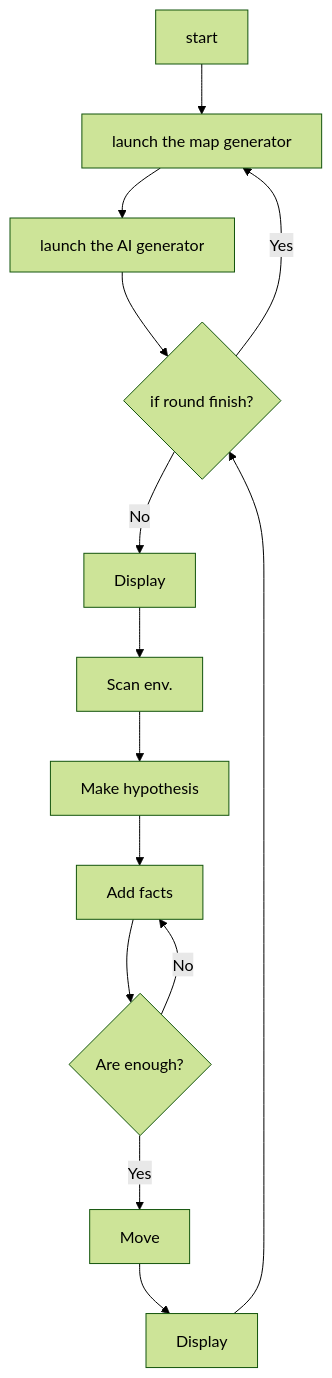
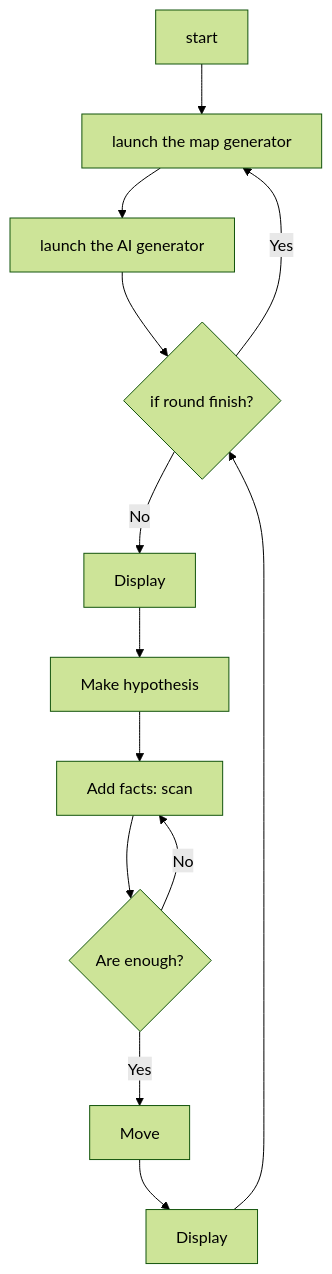
One commit to LuoQuestionmark/ia-projet-foret changed the diagram in README.md. Above: the diagram before and after it, drawn with Mermaid (forest theme). The commit also changed 3 other files, not shown here.

````diff
--- a/README.md
+++ b/README.md
@@ -27,16 +27,15 @@
 ```mermaid
 graph
 A[start] --> B[launch the map generator]
 B --> C[launch the AI generator]
 C --> D{if round finish?}
 D -->|Yes| B
 D -->|No| E[Display]
-E --> F[Scan env.]
-F --> G[Make hypothesis]
-G --> H[Add facts]
+E --> G[Make hypothesis]
+G --> H[Add facts: scan]
 H --> I{Are enough?}
 I -->|No| H
 I -->|Yes| K[Move]
 K --> L[Display]
 L --> D
 ```
````
